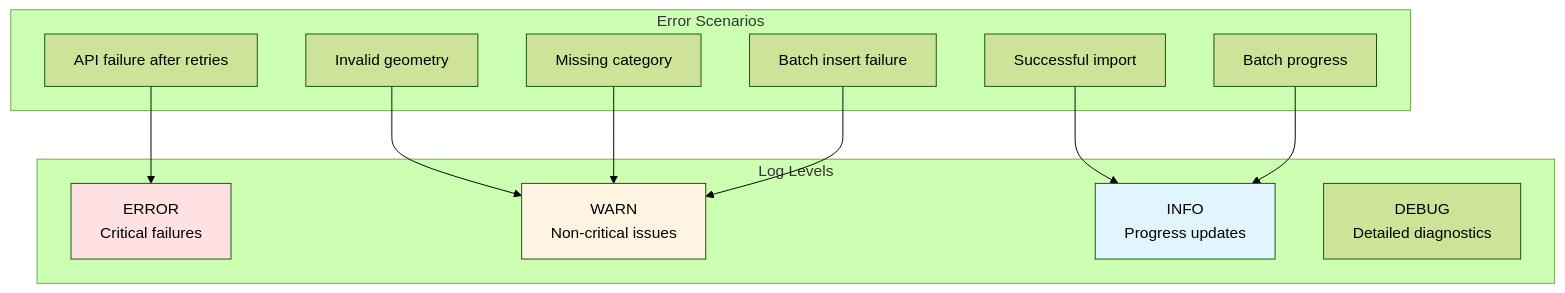
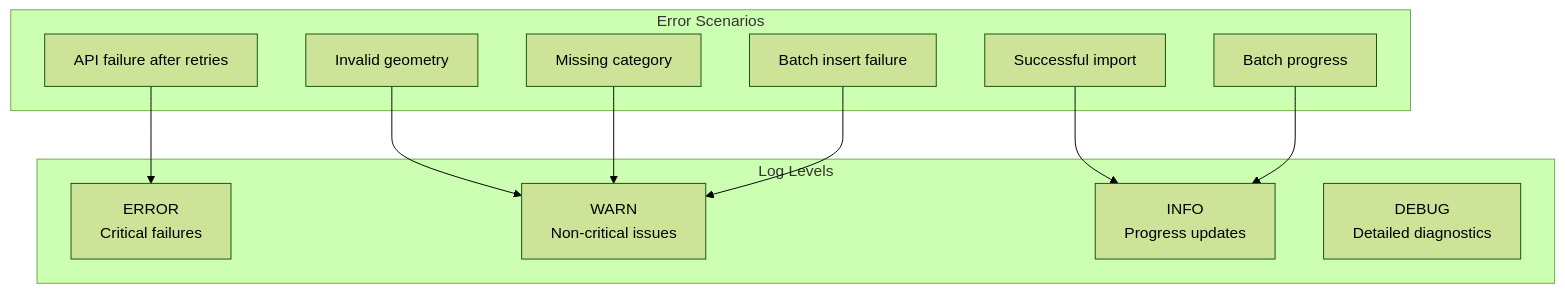
One commit to DaxServer/geocode-commons-categories changed diagram 15 of 19 in docs/import/error-handling.md. Above: the diagram before and after it, drawn with Mermaid (forest theme). The commit also changed other lines of this file and 5 other files, not shown here.

````diff
--- a/docs/import/error-handling.md
+++ b/docs/import/error-handling.md
@@ -679,29 +646,26 @@
 ```mermaid
 graph TB
     subgraph "Log Levels"
         ERROR[ERROR<br/>Critical failures]
         WARN[WARN<br/>Non-critical issues]
         INFO[INFO<br/>Progress updates]
         DEBUG[DEBUG<br/>Detailed diagnostics]
     end
 
     subgraph "Error Scenarios"
         E1[API failure after retries]
         E2[Invalid geometry]
         E3[Missing category]
         E4[Batch insert failure]
         E5[Successful import]
         E6[Batch progress]
     end
 
     E1 --> ERROR
     E2 --> WARN
     E3 --> WARN
     E4 --> WARN
     E5 --> INFO
     E6 --> INFO
 
-    style ERROR fill:#ffe1e1
-    style WARN fill:#fff4e1
-    style INFO fill:#e1f5ff
 ```
````
